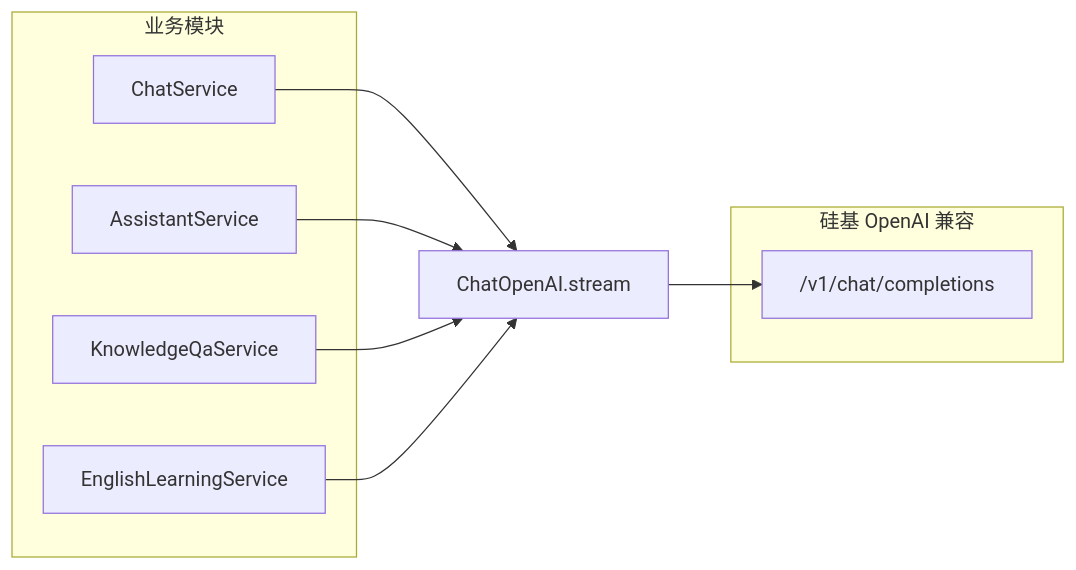
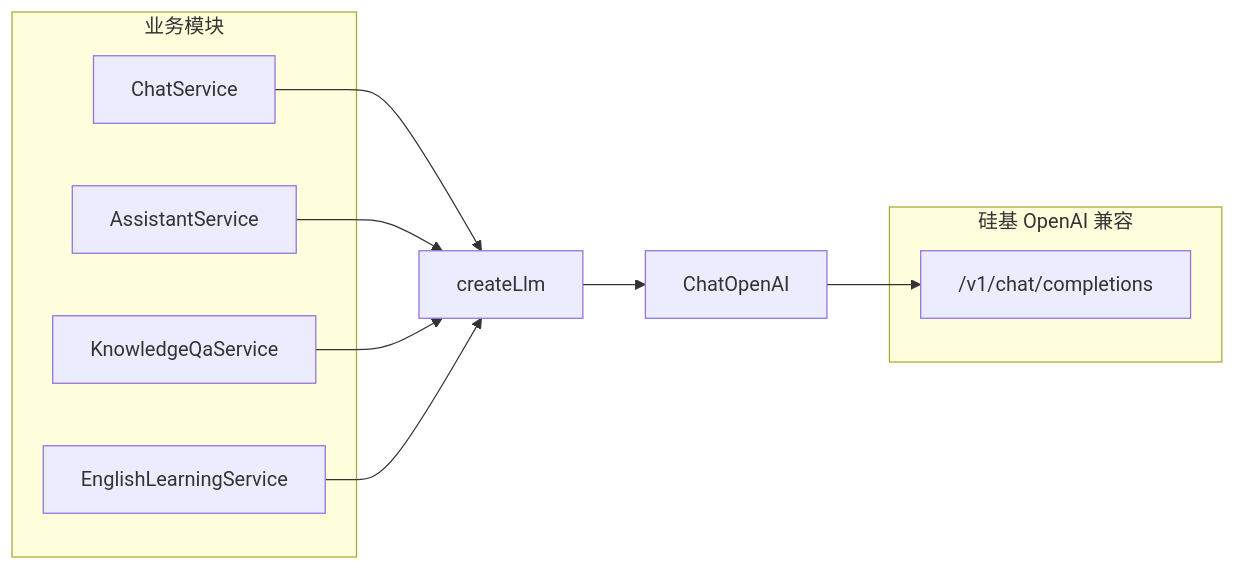
One commit to dnhyxc/dnhyxc-ai changed the diagram in docs/backend/siliconflow-chat-unification.md. Above: the diagram before and after it, drawn with Mermaid. The commit also changed other lines of this file and 16 other files, not shown here.

````diff
--- a/docs/backend/siliconflow-chat-unification.md
+++ b/docs/backend/siliconflow-chat-unification.md
@@ -40,17 +42,18 @@
 ```mermaid
 flowchart LR
   subgraph modules [业务模块]
     Chat[ChatService]
     Asst[AssistantService]
     QA[KnowledgeQaService]
     EL[EnglishLearningService]
   end
   subgraph llm [硅基 OpenAI 兼容]
     SF["/v1/chat/completions"]
   end
-  Chat --> COA[ChatOpenAI.stream]
-  Asst --> COA
-  QA --> COA
-  EL --> COA
+  Chat --> CL[createLlm]
+  Asst --> CL
+  QA --> CL
+  EL --> CL
+  CL --> COA[ChatOpenAI]
   COA --> SF
 ```
````
